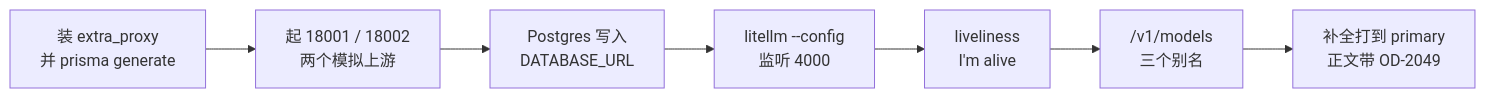
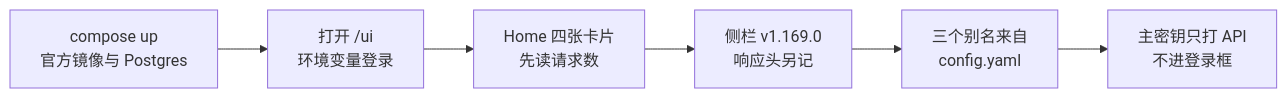
The diagram in books/litellm/chapters/02-run-the-proxy.md (ybak/ai-tutorial), drawn with Mermaid before and after one commit. The commit also changed other lines of this file and 30 other files, not shown here.

First line of the commit message:
docs(litellm): 用 Admin UI 实拍改写网关书，demo 改为 Compose

````diff
--- a/books/litellm/chapters/02-run-the-proxy.md
+++ b/books/litellm/chapters/02-run-the-proxy.md
@@ -11,9 +11,8 @@
 ```mermaid
 flowchart LR
-    A["装 extra_proxy<br/>并 prisma generate"] --> B["起 18001 / 18002<br/>两个模拟上游"]
-    B --> C["Postgres 写入<br/>DATABASE_URL"]
-    C --> D["litellm --config<br/>监听 4000"]
-    D --> E["liveliness<br/>I'm alive"]
-    E --> F["/v1/models<br/>三个别名"]
-    F --> G["补全打到 primary<br/>正文带 OD-2049"]
+    A["compose up<br/>官方镜像与 Postgres"] --> B["打开 /ui<br/>环境变量登录"]
+    B --> C["Home 四张卡片<br/>先读请求数"]
+    C --> D["侧栏 v1.169.0<br/>响应头另记"]
+    D --> E["三个别名来自<br/>config.yaml"]
+    E --> F["主密钥只打 API<br/>不进登录框"]
 ```
````
